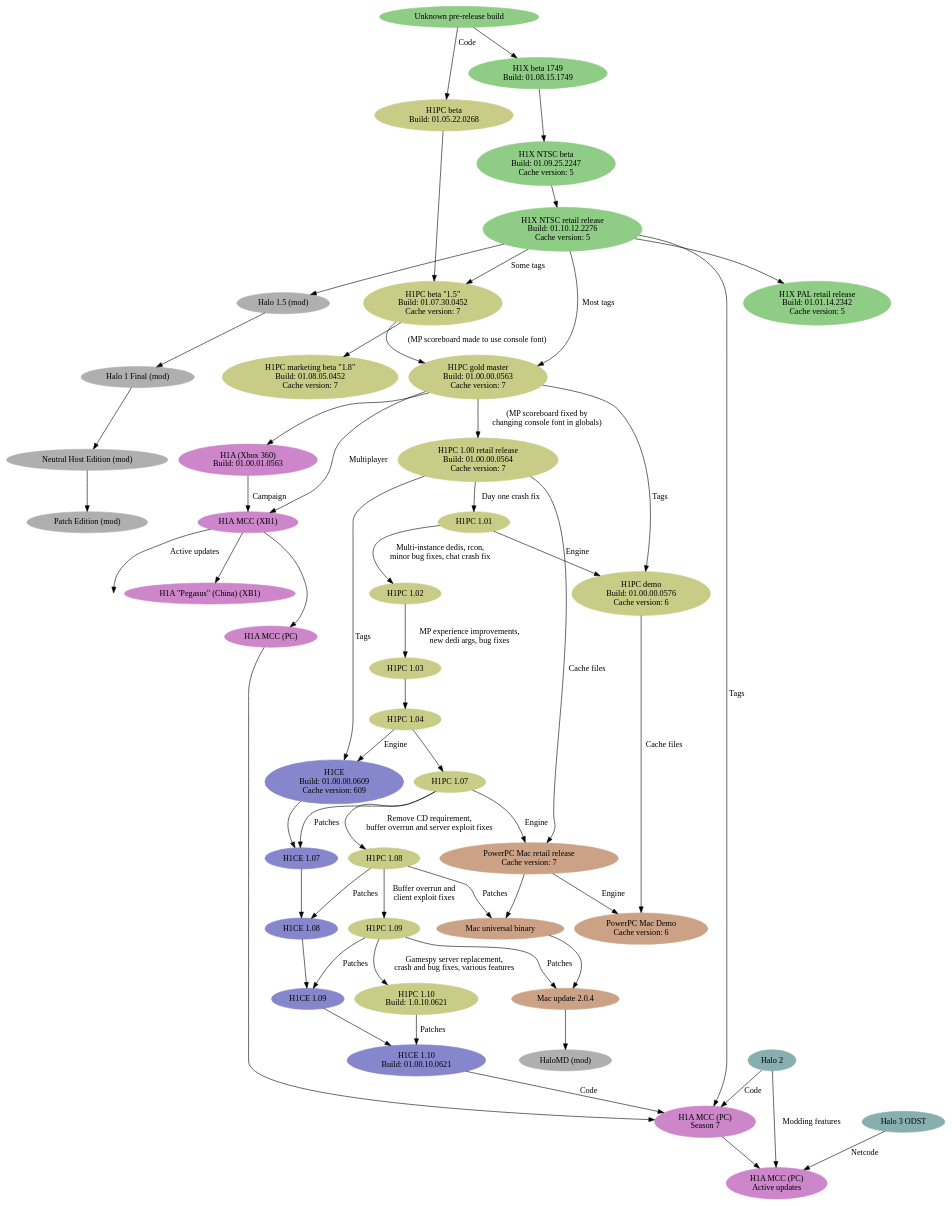
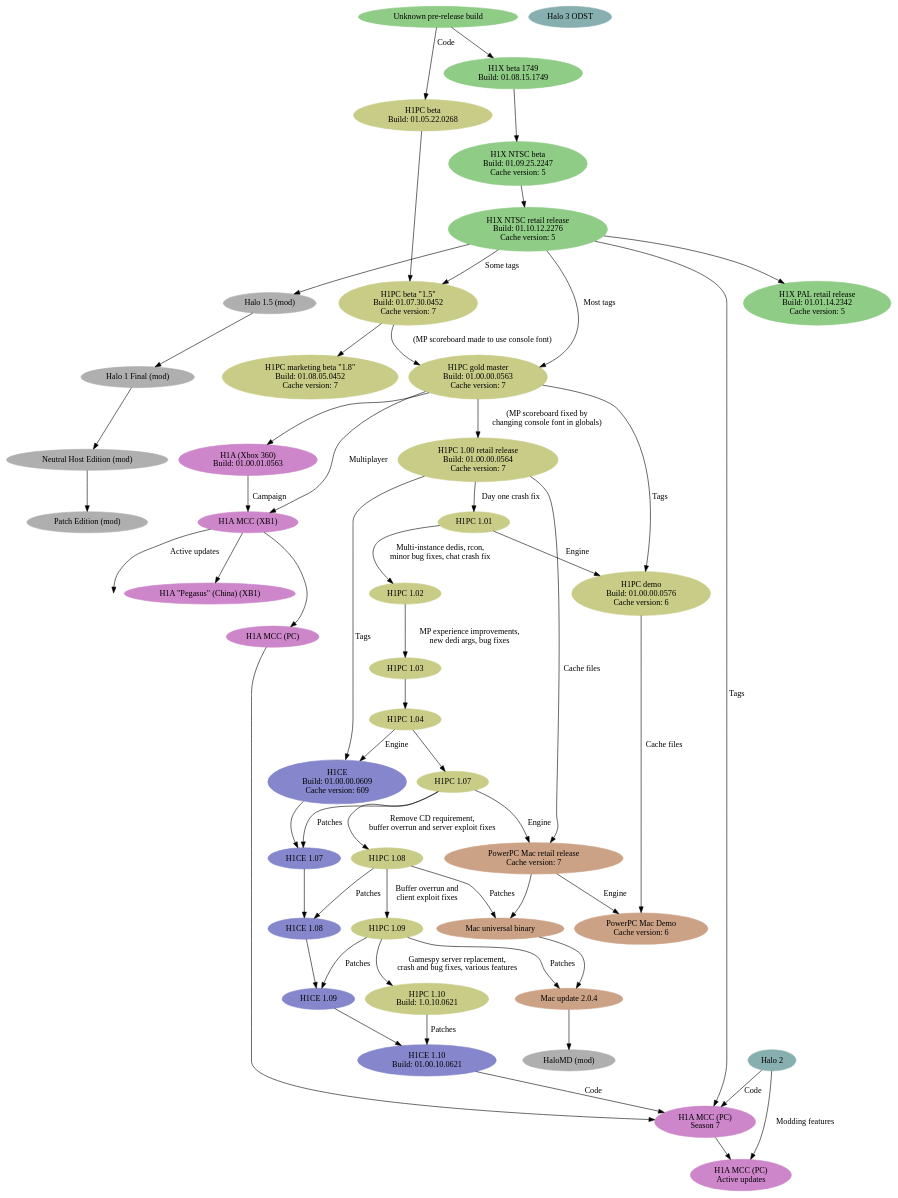
Before and after one commit to Sigmmma/c20: the diagram in src/content/h1/games.dot, drawn with Graphviz. The commit also changed 396 other files, not shown here.

```diff
--- a/src/content/h1/games.dot
+++ b/src/content/h1/games.dot
@@ -1,139 +1,139 @@
 digraph G {
   subgraph h1x {
     node [style=filled color="#8fcc86"]
     h1x_pre [label="Unknown pre-release build"]
     h1x_1749 [label="H1X beta 1749\nBuild: 01.08.15.1749"]
     h1x_ntsc_beta [label="H1X NTSC beta\nBuild: 01.09.25.2247\nCache version: 5"]
     h1x_ntsc_retail [label="H1X NTSC retail release\nBuild: 01.10.12.2276\nCache version: 5"]
     h1x_pal_retail [label="H1X PAL retail release\nBuild: 01.01.14.2342\nCache version: 5"]
   }
 
   #mods
   node [style=filled color="#afafaf"];
   h15 [label="Halo 1.5 (mod)"];
   h1final [label="Halo 1 Final (mod)"];
   nhe [label="Neutral Host Edition (mod)"];
   pe [label="Patch Edition (mod)"];
   halomd [label="HaloMD (mod)"];
 
   subgraph h1pc {
     node [style=filled color="#c8cc86"];
     pc_beta1 [label="H1PC beta\nBuild: 01.05.22.0268"];
     pc_beta2 [label="H1PC beta \"1.5\"\nBuild: 01.07.30.0452\nCache version: 7"];
     pc_beta3 [label="H1PC marketing beta \"1.8\"\nBuild: 01.08.05.0452 \nCache version: 7"];
     pc_gold [label="H1PC gold master\nBuild: 01.00.00.0563\nCache version: 7"];
     pc_100 [label="H1PC 1.00 retail release\nBuild: 01.00.00.0564\nCache version: 7"];
     pc_101 [label="H1PC 1.01"];
     pc_102 [label="H1PC 1.02"];
     pc_103 [label="H1PC 1.03"];
     pc_104 [label="H1PC 1.04"];
     pc_107 [label="H1PC 1.07"];
     pc_108 [label="H1PC 1.08"];
     pc_109 [label="H1PC 1.09"];
     pc_110 [label="H1PC 1.10\nBuild: 1.0.10.0621"];
     pc_demo [label="H1PC demo\nBuild: 01.00.00.0576\nCache version: 6"];
   }
 
   subgraph mac {
     node [style=filled color="#cca286"];
     mac_retail [label="PowerPC Mac retail release\nCache version: 7"];
     mac_universal [label="Mac universal binary"];
     mac_204 [label="Mac update 2.0.4"];
     mac_demo [label="PowerPC Mac Demo\nCache version: 6"];
   }
 
   subgraph h1ce {
     node [style=filled color="#8686cc"];
     h1ce_100 [label="H1CE\nBuild: 01.00.00.0609\nCache version: 609"];
     h1ce_107 [label="H1CE 1.07"];
     h1ce_108 [label="H1CE 1.08"];
     h1ce_109 [label="H1CE 1.09"];
     h1ce_110 [label="H1CE 1.10\nBuild: 01.00.10.0621"];
   }
 
   subgraph h1a {
     node [style=filled color="#cc86c9"];
     h1a_360 [label="H1A (Xbox 360)\nBuild: 01.00.01.0563"];
     h1a_xbone [label="H1A MCC (XB1)"];
     h1a_xbone_china [label="H1A \"Pegasus\" (China) (XB1)"];
     h1a_pc [label="H1A MCC (PC)"];
     h1a_pc_s7 [label="H1A MCC (PC)\nSeason 7"];
     h1a_pc_live [label="H1A MCC (PC)\nActive updates"];
     h1a_xbone_live [label="", fixedsize="false", width=0, height=0, shape=none];
   }
 
 
 
   #other games
   node [style=filled color="#88afaf"];
   h2 [label="Halo 2"];
   odst [label="Halo 3 ODST"];
 
   h1x_pre -> h1x_1749;
   h1x_1749 -> h1x_ntsc_beta;
   h1x_ntsc_beta -> h1x_ntsc_retail;
   h1x_ntsc_retail -> h1x_pal_retail;
 
   # gearbox pc line
   h1x_pre -> pc_beta1 [label="Code"];
   pc_beta1 -> pc_beta2;
   h1x_ntsc_retail -> pc_beta2 [label="Some tags"];
   pc_beta2 -> pc_beta3;
   pc_beta2 -> pc_gold [label="(MP scoreboard made to use console font)"];
   h1x_ntsc_retail -> pc_gold [label="Most tags"];
   pc_gold -> pc_100 [label="(MP scoreboard fixed by\nchanging console font in globals)"];
   pc_100 -> pc_101 [label="Day one crash fix"];
   pc_101 -> pc_102 [label="Multi-instance dedis, rcon,\nminor bug fixes, chat crash fix"];
   pc_102 -> pc_103 [label="MP experience improvements,\nnew dedi args, bug fixes"];
   pc_103 -> pc_104;
   pc_104 -> pc_107;
   pc_107 -> pc_108 [label="Remove CD requirement,\nbuffer overrun and server exploit fixes"];
   pc_108 -> pc_109 [label="Buffer overrun and\nclient exploit fixes"];
   pc_109 -> pc_110 [label="Gamespy server replacement,\ncrash and bug fixes, various features"];
   pc_gold -> pc_demo [label="Tags"];
   pc_101 -> pc_demo [label="Engine"];
 
   # custom edition line
   pc_104 -> h1ce_100 [label="Engine"];
   pc_100 -> h1ce_100 [label="Tags"];
   h1ce_100 -> h1ce_107;
   pc_107 -> h1ce_107 [label="Patches"];
   h1ce_107 -> h1ce_108;
   pc_108 -> h1ce_108 [label="Patches"];
   h1ce_108 -> h1ce_109;
   pc_109 -> h1ce_109 [label="Patches"];
   h1ce_109 -> h1ce_110;
   pc_110 -> h1ce_110 [label="Patches"];
 
   # mac
   pc_demo -> mac_demo [label="Cache files"];
   pc_100 -> mac_retail [label="Cache files"];
   pc_107 -> mac_retail [label="Engine"];
   mac_retail -> mac_demo [label="Engine"];
   mac_retail -> mac_universal;
   pc_108 -> mac_universal [label="Patches"];
   mac_universal -> mac_204;
   pc_109 -> mac_204 [label="Patches"];
 
   # mods
   h1x_ntsc_retail -> h15;
   h15 -> h1final;
   h1final -> nhe;
   nhe -> pe;
   mac_204 -> halomd;
 
   # h1a and mcc
   pc_gold -> h1a_360;
   h1a_360 -> h1a_xbone [label="Campaign"];
   pc_gold -> h1a_xbone [label="Multiplayer"];
   h1a_xbone -> h1a_pc;
   h1a_xbone -> h1a_xbone_live [label="Active updates"];
   h1a_xbone -> h1a_xbone_china;
   h1a_pc -> h1a_pc_s7;
   h1ce_110 -> h1a_pc_s7 [label="Code"];
   h1x_ntsc_retail -> h1a_pc_s7 [label="Tags"];
   h2 -> h1a_pc_s7 [label="Code"];
   h2 -> h1a_pc_live [label="Modding features"];
-  odst -> h1a_pc_live [label="Netcode"];
+  #odst -> h1a_pc_live [label="Netcode"];
   h1a_pc_s7 -> h1a_pc_live;
 }
```
